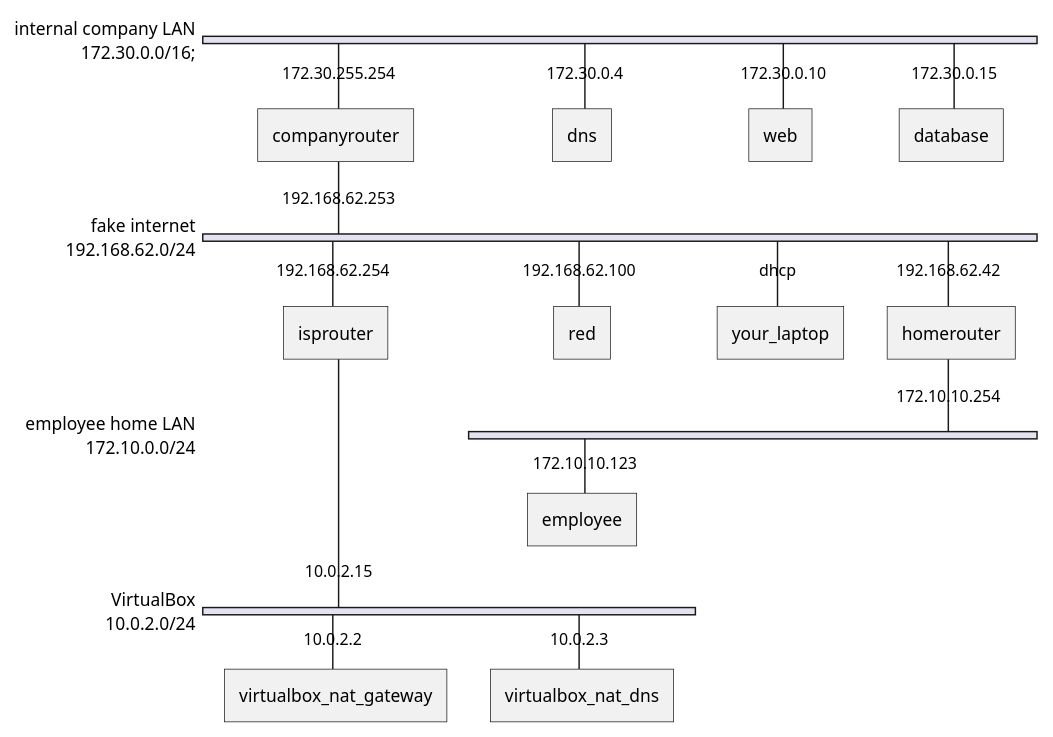
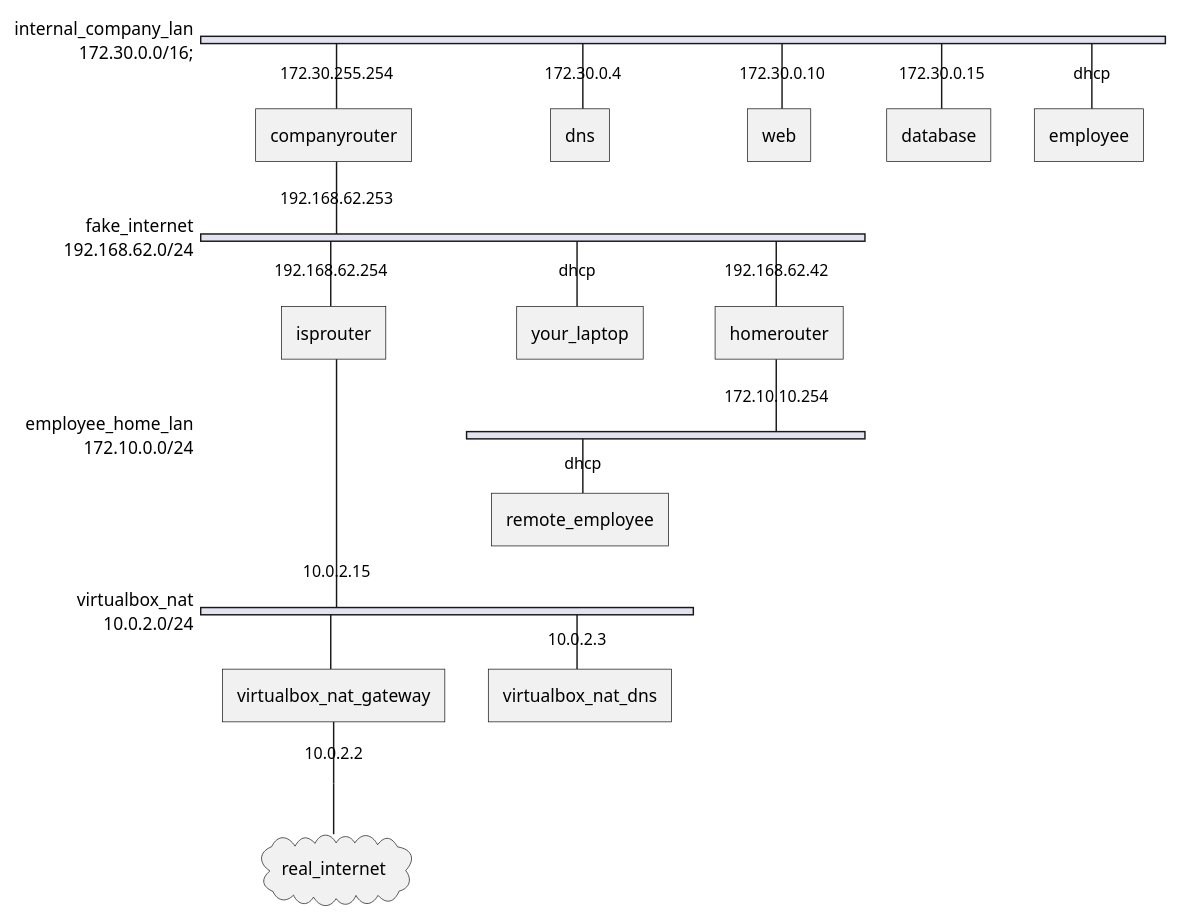
One commit to nealjoos/cybersecurity-advanced-lab changed the diagram in README.md. Above: the diagram before and after it, drawn with PlantUML. The commit also changed other lines of this file and 8 other files, not shown here.

````diff
--- a/README.md
+++ b/README.md
@@ -21,43 +21,42 @@
 ```puml
 @startuml
 nwdiag {
-    network internal {
+    network internal_company_lan {
         address = 172.30.0.0/16;
-        description = "internal company LAN";
 
         companyrouter [address = "172.30.255.254"];
         dns [address = "172.30.0.4"];
         web [address = "172.30.0.10"];
         database [address = "172.30.0.15"];
+        employee [address = "dhcp"];
     }
 
-    network hostonly {
+    network fake_internet {
         address = "192.168.62.0/24";
-        description = "fake internet";
 
         companyrouter [address = "192.168.62.253"];
         isprouter [address = "192.168.62.254"];
-        red [address = "192.168.62.100"];
         your_laptop [address = "dhcp"];
         homerouter [address = "192.168.62.42"];
     }
 
-    network employee {
+    network employee_home_lan {
         address = "172.10.0.0/24";
-        description = "employee home LAN";
 
         homerouter [address = "172.10.10.254"];
-        employee [address = "172.10.10.123"];
+        remote_employee [address = "dhcp"];
     }
 
-    network nat {
+    network virtualbox_nat {
         address = "10.0.2.0/24";
-        description = "VirtualBox";
 
         isprouter [address = "10.0.2.15"];
         virtualbox_nat_gateway [address = "10.0.2.2"];
         virtualbox_nat_dns [address = "10.0.2.3"];
     }
+
+    real_internet [ shape = cloud];
+    virtualbox_nat_gateway -- real_internet;
 }
 @enduml
 ```
````
